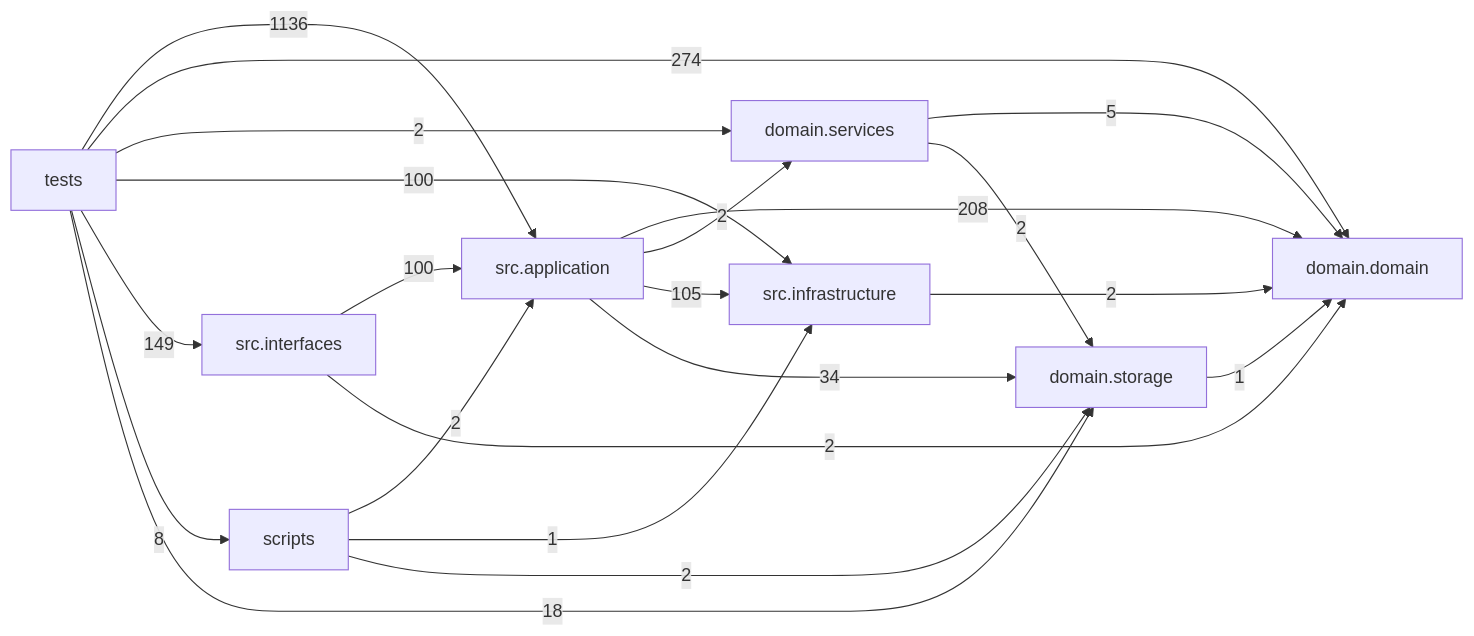
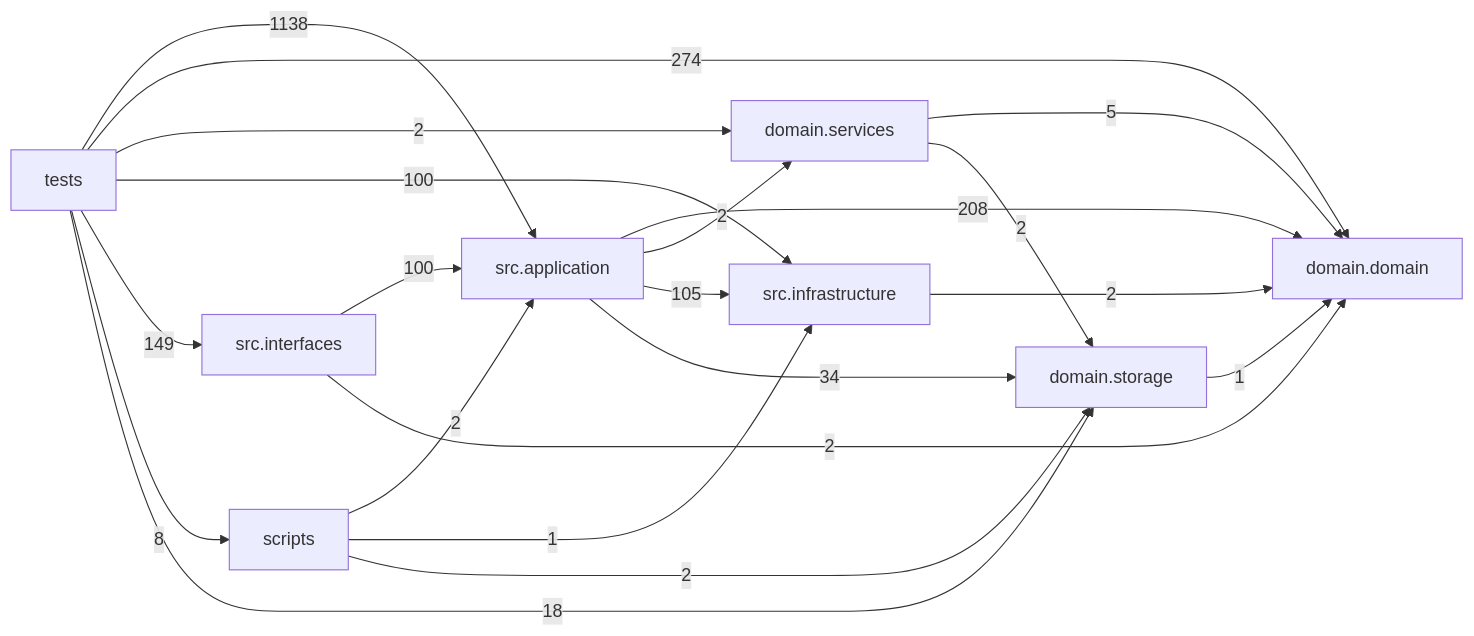
The diagram in docs/DEPENDENCY_GRAPH.md (liuxie066/options-monitor), drawn with Mermaid before and after one commit. The commit also changed other lines of this file and 24 other files, not shown here.

````diff
--- a/docs/DEPENDENCY_GRAPH.md
+++ b/docs/DEPENDENCY_GRAPH.md
@@ -24,31 +24,31 @@
 ```mermaid
 flowchart LR
   tests["tests"]
   scripts["scripts"]
   interfaces["src.interfaces"]
   application["src.application"]
   infrastructure["src.infrastructure"]
   domain_services["domain.services"]
   domain["domain.domain"]
   storage["domain.storage"]
   application -->|208| domain
   application -->|2| domain_services
   application -->|105| infrastructure
   application -->|34| storage
   domain_services -->|5| domain
   domain_services -->|2| storage
   infrastructure -->|2| domain
   interfaces -->|100| application
   interfaces -->|2| domain
   scripts -->|2| application
   scripts -->|1| infrastructure
   scripts -->|2| storage
   storage -->|1| domain
-  tests -->|1136| application
+  tests -->|1138| application
   tests -->|274| domain
   tests -->|2| domain_services
   tests -->|100| infrastructure
   tests -->|149| interfaces
   tests -->|8| scripts
   tests -->|18| storage
 ```
````
